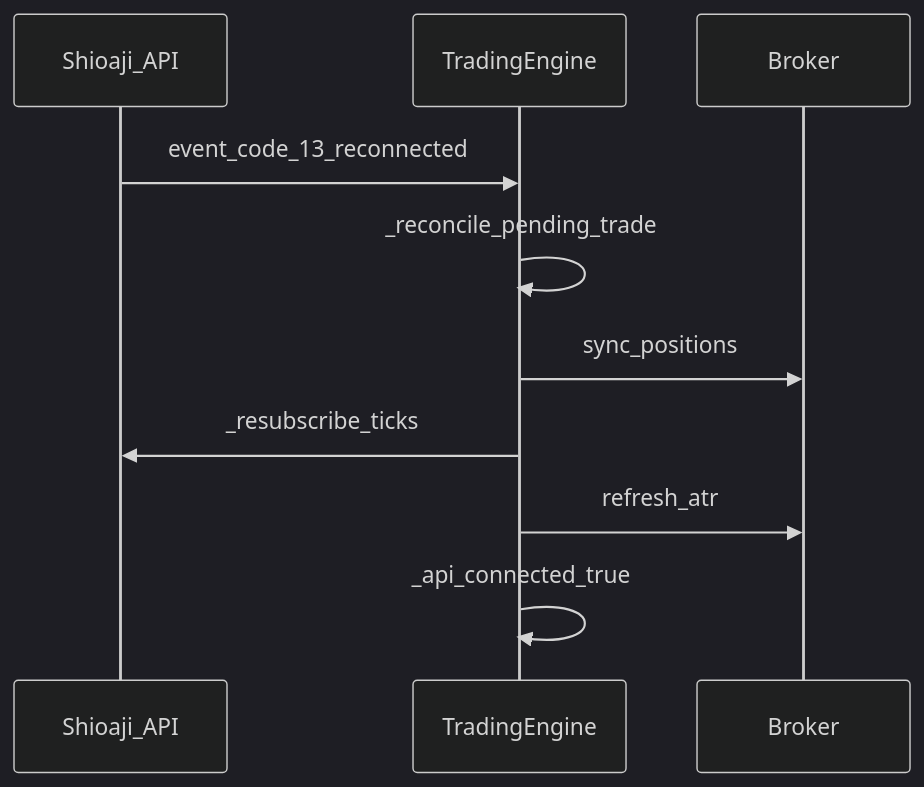
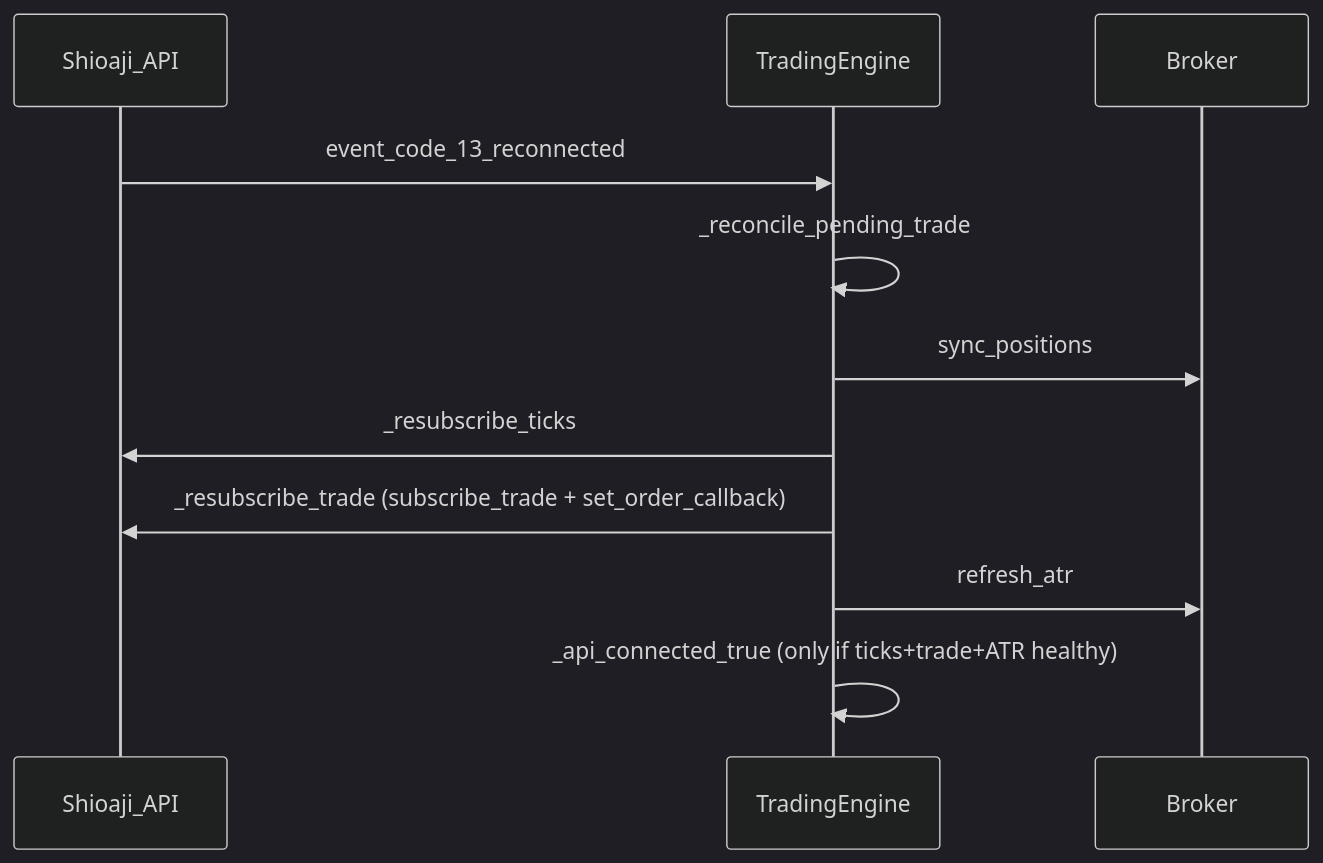
Before and after one commit to timhwchuang/tfx-trading: the diagram in docs/ops/LIVE_SAFETY.md, drawn with Mermaid (dark theme). The commit also changed other lines of this file and 20 other files, not shown here.

````diff
--- a/docs/ops/LIVE_SAFETY.md
+++ b/docs/ops/LIVE_SAFETY.md
@@ -193,13 +231,14 @@
 ```mermaid
 sequenceDiagram
     participant API as Shioaji_API
     participant Eng as TradingEngine
     participant Brk as Broker
 
     API->>Eng: event_code_13_reconnected
     Eng->>Eng: _reconcile_pending_trade
     Eng->>Brk: sync_positions
     Eng->>API: _resubscribe_ticks
+    Eng->>API: _resubscribe_trade (subscribe_trade + set_order_callback)
     Eng->>Brk: refresh_atr
-    Eng->>Eng: _api_connected_true
+    Eng->>Eng: _api_connected_true (only if ticks+trade+ATR healthy)
 ```
````
